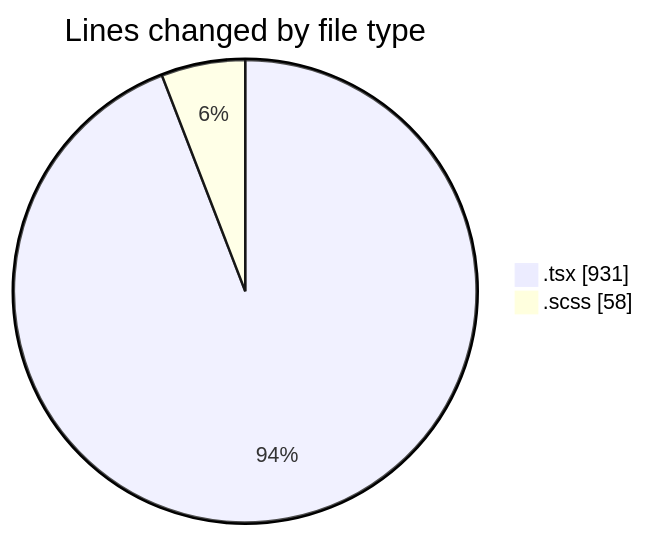
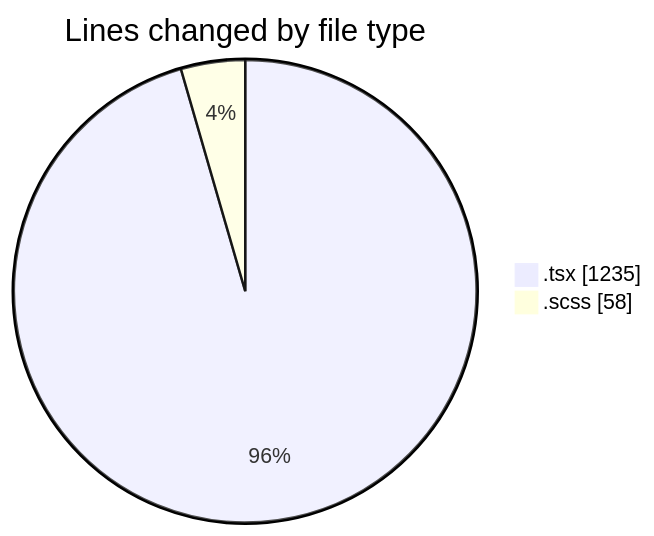
The first of 2 diagrams in 2026-10-05/cda/README.md (momahboobian/code-tracking), drawn with Mermaid before and after one commit. The commit also changed other lines of this file and 1 other file, not shown here.

````diff
--- a/2026-10-05/cda/README.md
+++ b/2026-10-05/cda/README.md
@@ -26,6 +27,6 @@
 ```mermaid
 pie showData
 title Lines changed by file type
-".tsx" : 931
+".tsx" : 1235
 ".scss" : 58
 ```
````
